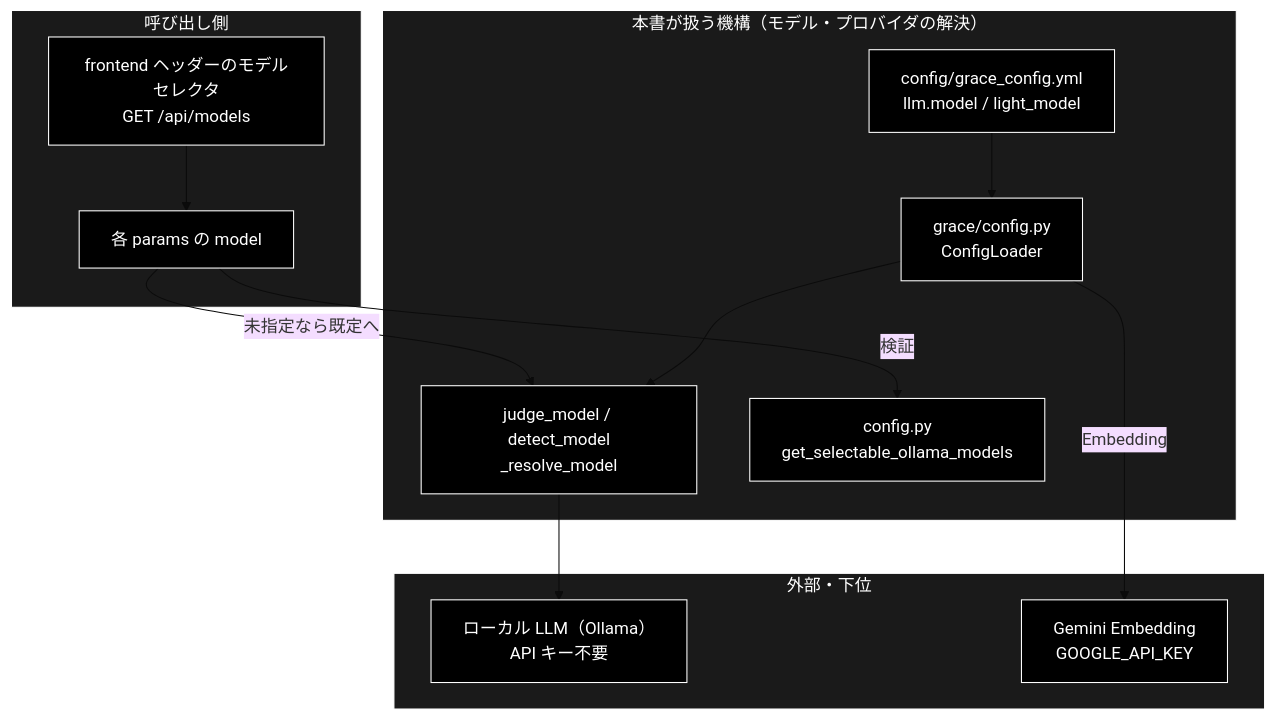
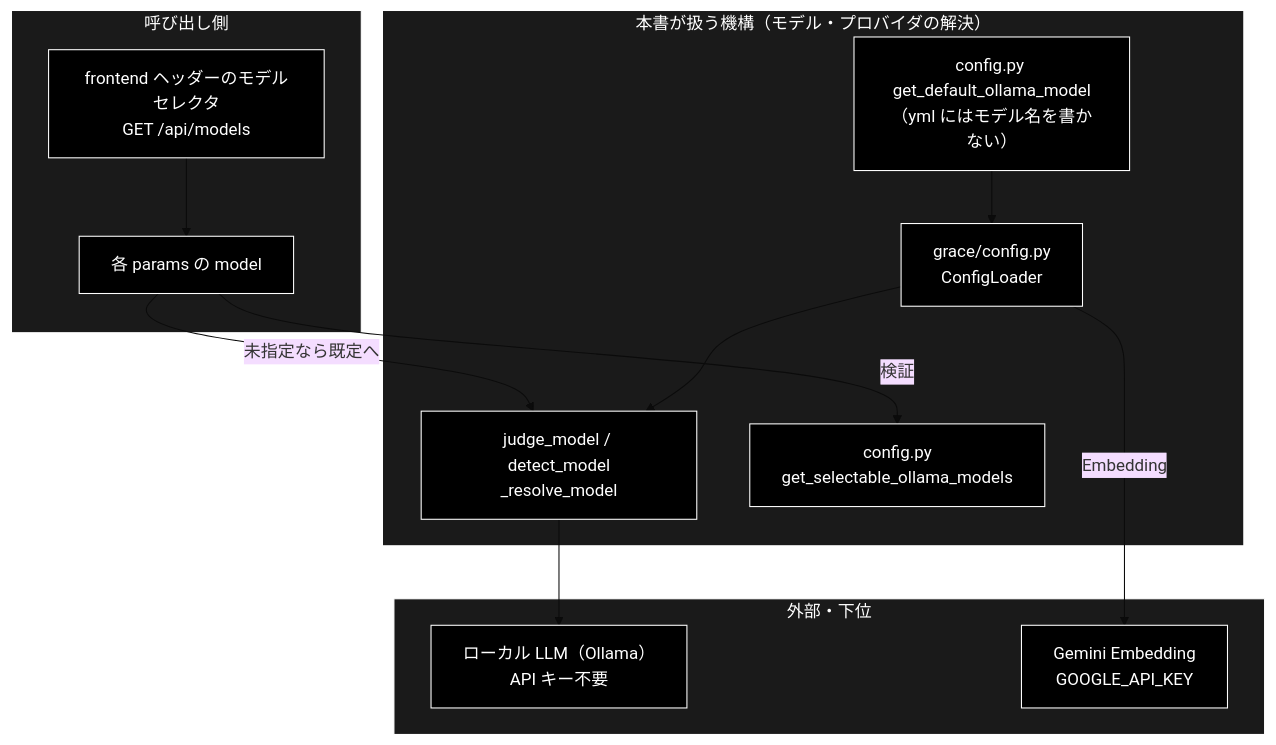
One commit to nakashima2toshio/grace_v2_local changed the first of 2 diagrams in backend/docs/config_and_providers.md. Above: the diagram before and after it, drawn with Mermaid (base theme). The commit also changed other lines of this file and 8 other files, not shown here.

````diff
--- a/backend/docs/config_and_providers.md
+++ b/backend/docs/config_and_providers.md
@@ -52,30 +52,30 @@
 ```mermaid
 flowchart TB
     subgraph CALLER["呼び出し側"]
         UI["frontend ヘッダーのモデルセレクタ<br>GET /api/models"]
         REQ["各 params の model"]
     end
     subgraph MECH["本書が扱う機構（モデル・プロバイダの解決）"]
-        YML["config/grace_config.yml<br>llm.model / light_model"]
+        YML["config.py get_default_ollama_model<br>（yml にはモデル名を書かない）"]
         GC["grace/config.py<br>ConfigLoader"]
         RES["judge_model / detect_model<br>_resolve_model"]
         MC["config.py<br>get_selectable_ollama_models"]
     end
     subgraph EXTERNAL["外部・下位"]
         LLM["ローカル LLM（Ollama）<br>API キー不要"]
         EMB["Gemini Embedding<br>GOOGLE_API_KEY"]
     end
     UI --> REQ
     REQ -->|"検証"| MC
     YML --> GC
     GC --> RES
     REQ -->|"未指定なら既定へ"| RES
     RES --> LLM
     GC -->|"Embedding"| EMB
 classDef default fill:#000,stroke:#fff,color:#fff
 classDef subgraphStyle fill:#1a1a1a,stroke:#fff,color:#fff
 class UI,REQ,YML,GC,RES,MC,LLM,EMB default
 style CALLER fill:#1a1a1a,stroke:#fff,color:#fff
 style MECH fill:#1a1a1a,stroke:#fff,color:#fff
 style EXTERNAL fill:#1a1a1a,stroke:#fff,color:#fff
 ```
````
